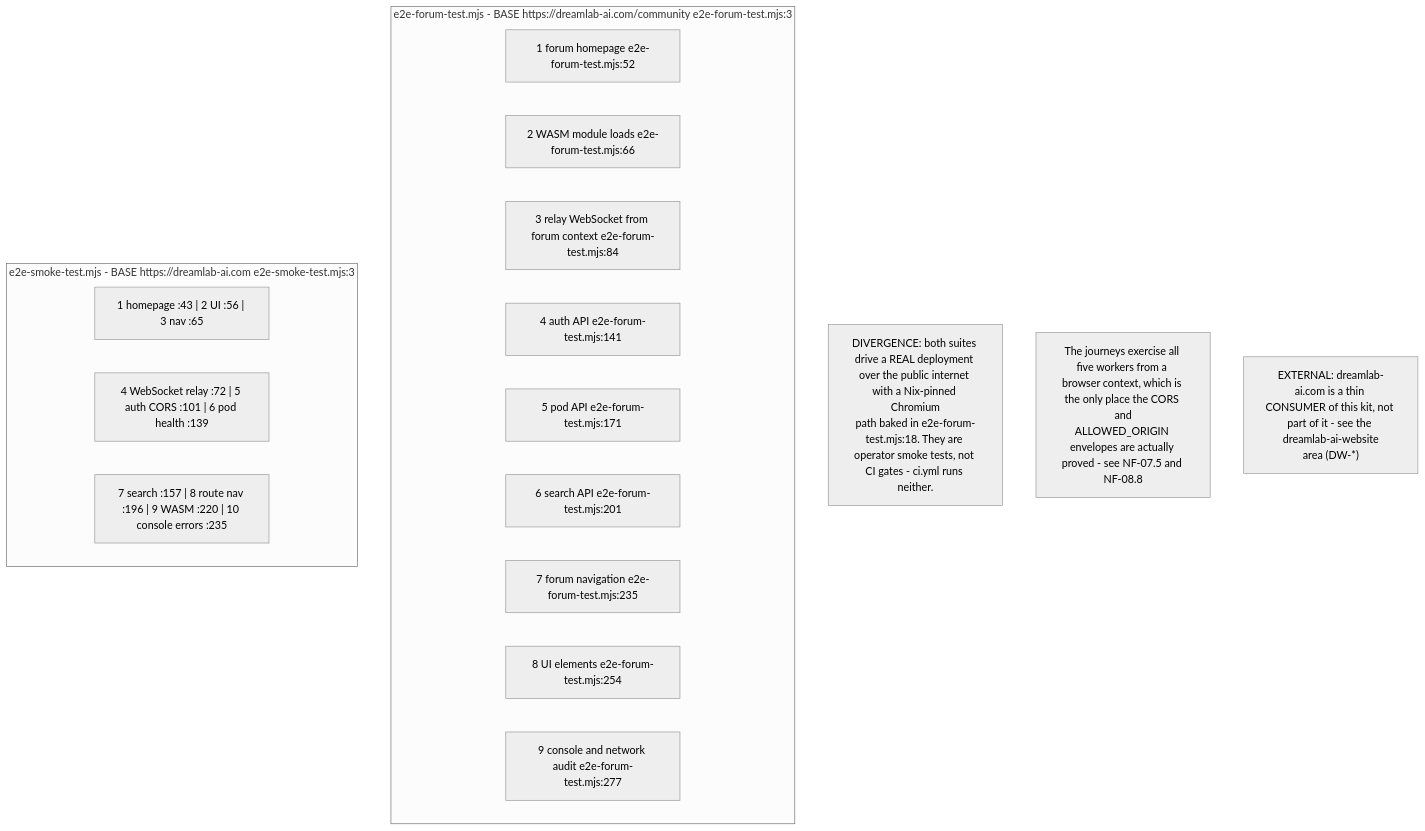
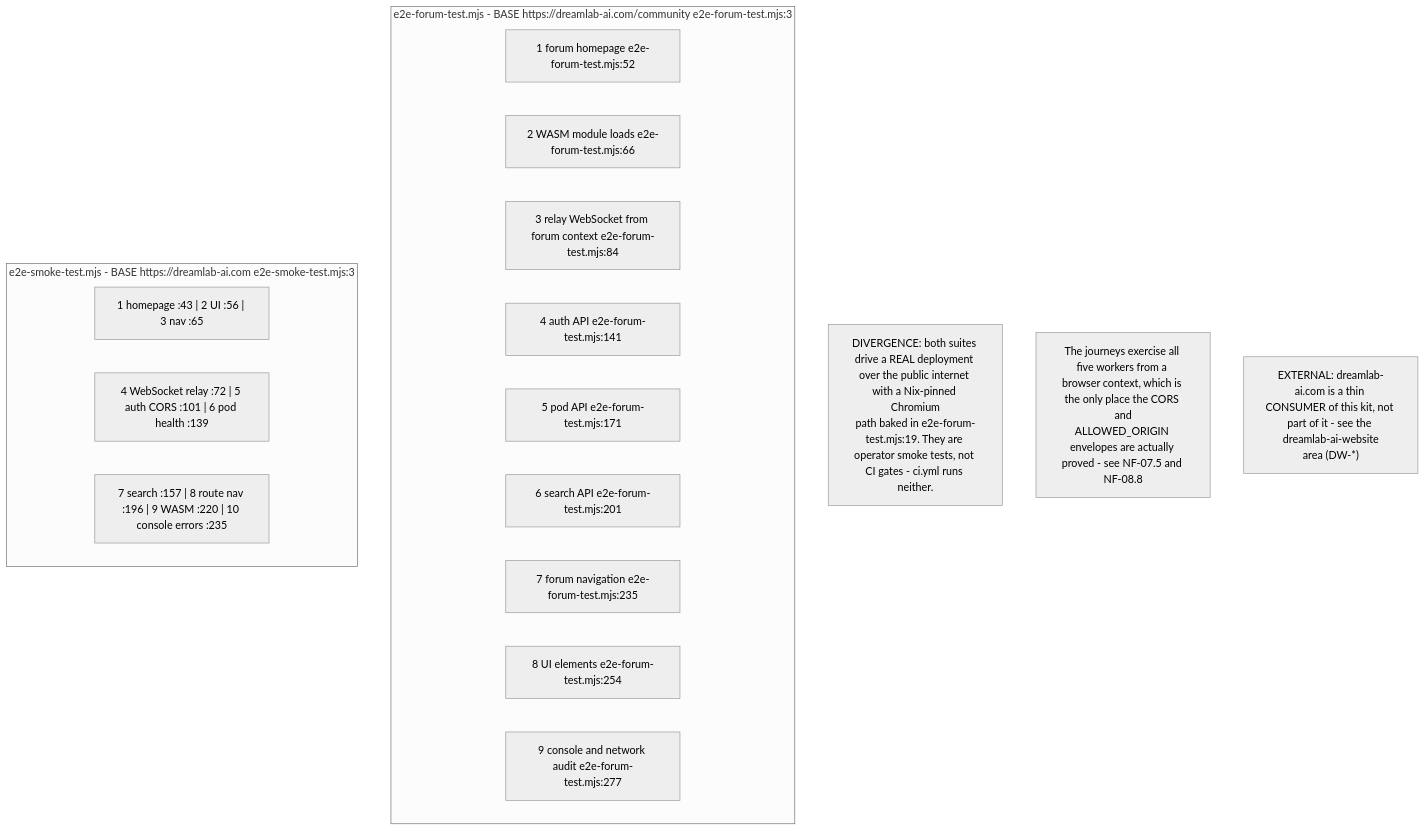
The sixth of 9 diagrams in docs/diagrams/nostr-rust-forum/09-ci-deploy-canary-and-validation.md (DreamLab-AI/VisionFlow), drawn with Mermaid (neutral theme) before and after one commit. The commit also changed other lines of this file and 111 other files, not shown here.

Commit message:
docs(diagrams): align estate maps with current source

````diff
--- a/docs/diagrams/nostr-rust-forum/09-ci-deploy-canary-and-validation.md
+++ b/docs/diagrams/nostr-rust-forum/09-ci-deploy-canary-and-validation.md
@@ -155,23 +155,23 @@
 ```mermaid
 flowchart TB
     subgraph forum["e2e-forum-test.mjs - BASE https://dreamlab-ai.com/community e2e-forum-test.mjs:3"]
         F1["1 forum homepage e2e-forum-test.mjs:52"]
         F2["2 WASM module loads e2e-forum-test.mjs:66"]
         F3["3 relay WebSocket from forum context e2e-forum-test.mjs:84"]
         F4["4 auth API e2e-forum-test.mjs:141"]
         F5["5 pod API e2e-forum-test.mjs:171"]
         F6["6 search API e2e-forum-test.mjs:201"]
         F7["7 forum navigation e2e-forum-test.mjs:235"]
         F8["8 UI elements e2e-forum-test.mjs:254"]
         F9["9 console and network audit e2e-forum-test.mjs:277"]
     end
     subgraph smoke["e2e-smoke-test.mjs - BASE https://dreamlab-ai.com e2e-smoke-test.mjs:3"]
         S1["1 homepage :43 | 2 UI :56 | 3 nav :65"]
         S2["4 WebSocket relay :72 | 5 auth CORS :101 | 6 pod health :139"]
         S3["7 search :157 | 8 route nav :196 | 9 WASM :220 | 10 console errors :235"]
     end
 
-    N1["DIVERGENCE: both suites drive a REAL deployment over the public internet with a Nix-pinned Chromium<br/>path baked in e2e-forum-test.mjs:18. They are operator smoke tests, not CI gates - ci.yml runs neither."]
+    N1["DIVERGENCE: both suites drive a REAL deployment over the public internet with a Nix-pinned Chromium<br/>path baked in e2e-forum-test.mjs:19. They are operator smoke tests, not CI gates - ci.yml runs neither."]
     N2["The journeys exercise all five workers from a browser context, which is the only place the CORS and<br/>ALLOWED_ORIGIN envelopes are actually proved - see NF-07.5 and NF-08.8"]
     N3["EXTERNAL: dreamlab-ai.com is a thin CONSUMER of this kit, not part of it - see the dreamlab-ai-website<br/>area (DW-*)"]
 ```
````
